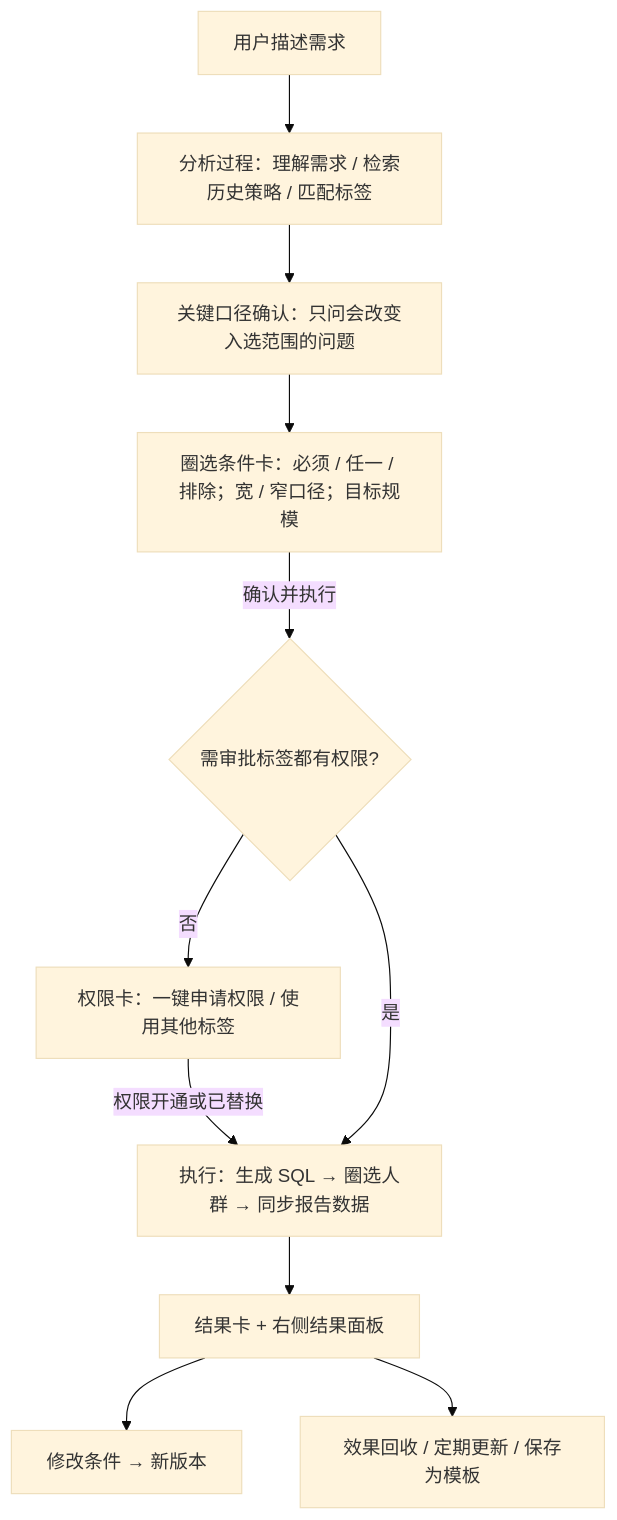
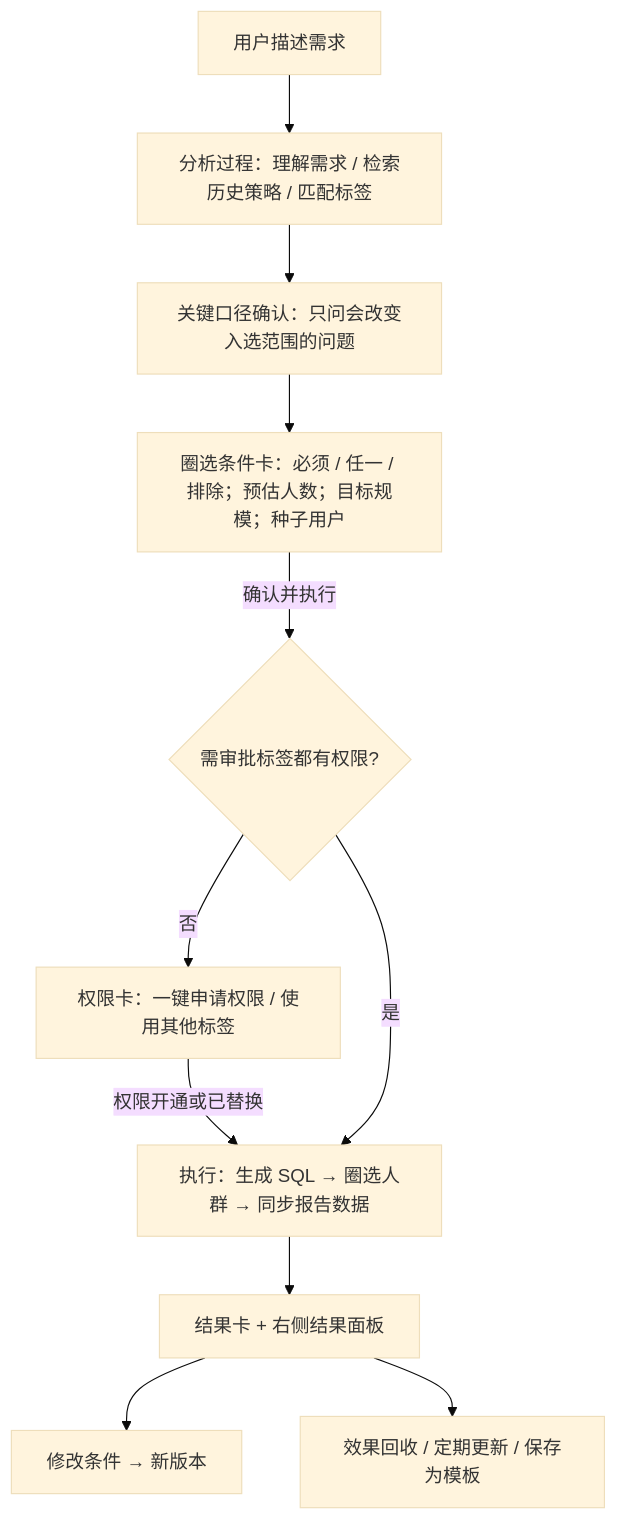
The fourth of 5 diagrams in docs/门户V2_PRD.md (Danmily/UTUP-mvp-frontend), drawn with Mermaid (base theme) before and after one commit. The commit also changed other lines of this file and 5 other files, not shown here.

````diff
--- a/docs/门户V2_PRD.md
+++ b/docs/门户V2_PRD.md
@@ -183,13 +183,13 @@
 ```mermaid
 flowchart TB
   Q[用户描述需求] --> A1[分析过程：理解需求 / 检索历史策略 / 匹配标签]
   A1 --> C1[关键口径确认：只问会改变入选范围的问题]
-  C1 --> C2[圈选条件卡：必须 / 任一 / 排除；宽 / 窄口径；目标规模]
+  C1 --> C2[圈选条件卡：必须 / 任一 / 排除；预估人数；目标规模；种子用户]
   C2 -->|确认并执行| P{需审批标签都有权限?}
   P -->|否| PC[权限卡：一键申请权限 / 使用其他标签]
   PC -->|权限开通或已替换| X
   P -->|是| X[执行：生成 SQL → 圈选人群 → 同步报告数据]
   X --> R[结果卡 + 右侧结果面板]
   R --> M[修改条件 → 新版本]
   R --> E[效果回收 / 定期更新 / 保存为模板]
 ```
````
